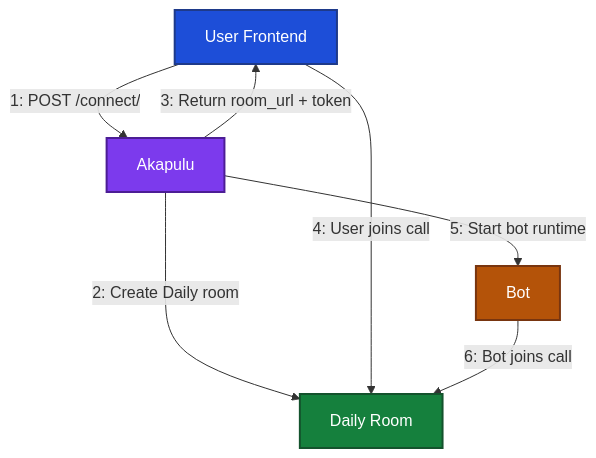
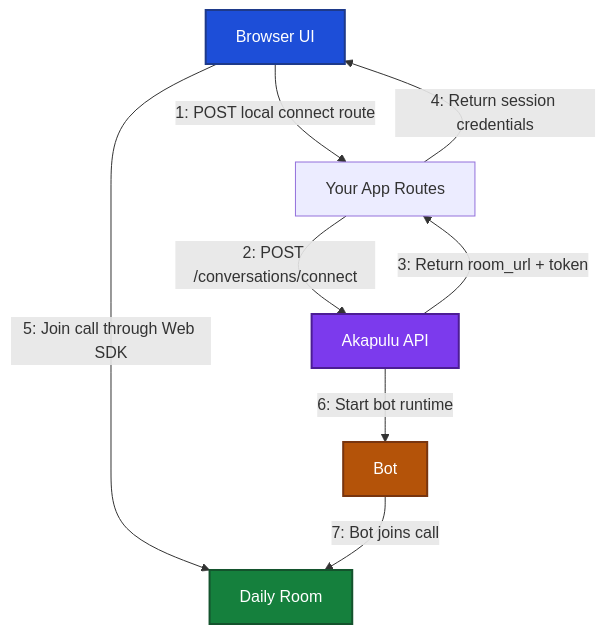
Before and after one commit to william-akapulu/docs: the diagram in guides/conversations/customize-conversation-ui.mdx, drawn with Mermaid. The commit also changed other lines of this file and 37 other files, not shown here.

Commit message:
updated docs to include web sdk

````diff
--- a/guides/conversations/customize-conversation-ui.mdx
+++ b/guides/conversations/customize-conversation-ui.mdx
@@ -60,25 +91,26 @@
 ```mermaid
 flowchart TD
-  USER[User Frontend]
-  AK[Akapulu]
+  USER[Browser UI]
+  APP[Your App Routes]
+  AK[Akapulu API]
   ROOM[Daily Room]
   BOT[Bot]
 
-  USER -->|1: POST /connect/| AK
-  AK -->|2: Create Daily room| ROOM
-  AK -->|3: Return room_url + token| USER
-
-  USER -->|4: User joins call| ROOM
-  AK -->|5: Start bot runtime| BOT
-  BOT -->|6: Bot joins call| ROOM
+  USER -->|1: POST local connect route| APP
+  APP -->|2: POST /conversations/connect| AK
+  AK -->|3: Return room_url + token| APP
+  APP -->|4: Return session credentials| USER
+  USER -->|5: Join call through Web SDK| ROOM
+  AK -->|6: Start bot runtime| BOT
+  BOT -->|7: Bot joins call| ROOM
 
   classDef user fill:#1d4ed8,color:#ffffff,stroke:#1e3a8a,stroke-width:2px;
   classDef backend fill:#7c3aed,color:#ffffff,stroke:#4c1d95,stroke-width:2px;
   classDef callNode fill:#15803d,color:#ffffff,stroke:#14532d,stroke-width:2px;
   classDef bot fill:#b45309,color:#ffffff,stroke:#78350f,stroke-width:2px;
 
   class USER user;
   class AK backend;
   class ROOM callNode;
   class BOT bot;
 ```
````
